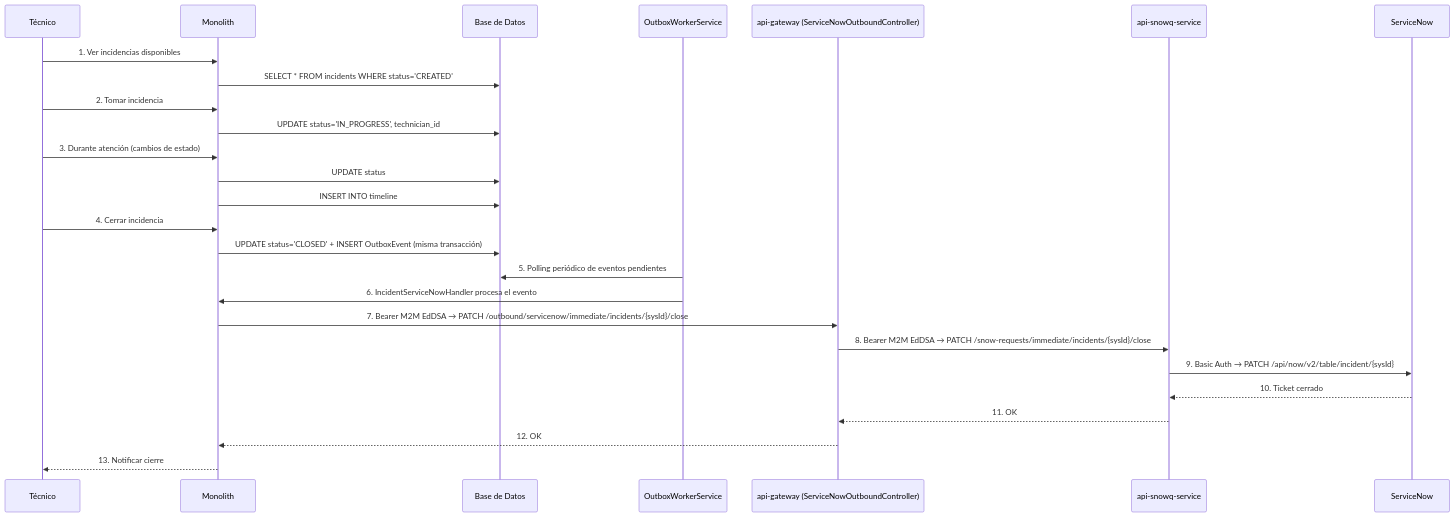
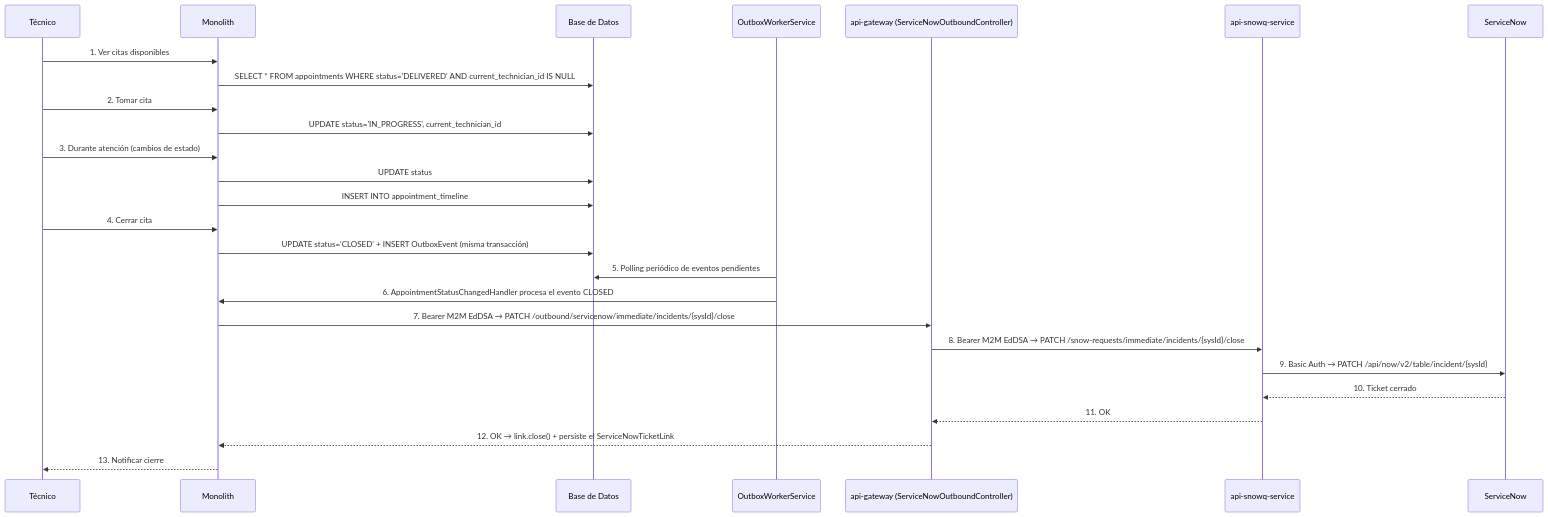
Before and after one commit to maironcuellomartinez/monorepo-service: the third of 4 diagrams in monolito-event-corner_v3/docs/documentation.md, drawn with Mermaid. The commit also changed other lines of this file and 183 other files, not shown here.

First line of the commit message:
Remodelado dominio Appointment (unifica Incident/Request) + fixes ServiceNow (#5)

````diff
--- a/monolito-event-corner_v3/docs/documentation.md
+++ b/monolito-event-corner_v3/docs/documentation.md
@@ -912,33 +961,33 @@
 ```mermaid
 sequenceDiagram
     participant T as Técnico
     participant S as Monolith
     participant DB as Base de Datos
     participant OW as OutboxWorkerService
     participant GW as api-gateway (ServiceNowOutboundController)
     participant SQ as api-snowq-service
     participant SN as ServiceNow
 
-    T->>S: 1. Ver incidencias disponibles
-    S->>DB: SELECT * FROM incidents WHERE status='CREATED'
+    T->>S: 1. Ver citas disponibles
+    S->>DB: SELECT * FROM appointments WHERE status='DELIVERED' AND current_technician_id IS NULL
 
-    T->>S: 2. Tomar incidencia
-    S->>DB: UPDATE status='IN_PROGRESS', technician_id
+    T->>S: 2. Tomar cita
+    S->>DB: UPDATE status='IN_PROGRESS', current_technician_id
 
     T->>S: 3. Durante atención (cambios de estado)
     S->>DB: UPDATE status
-    S->>DB: INSERT INTO timeline
+    S->>DB: INSERT INTO appointment_timeline
 
-    T->>S: 4. Cerrar incidencia
+    T->>S: 4. Cerrar cita
     S->>DB: UPDATE status='CLOSED' + INSERT OutboxEvent (misma transacción)
 
     OW->>DB: 5. Polling periódico de eventos pendientes
-    OW->>S: 6. IncidentServiceNowHandler procesa el evento
+    OW->>S: 6. AppointmentStatusChangedHandler procesa el evento CLOSED
     S->>GW: 7. Bearer M2M EdDSA → PATCH /outbound/servicenow/immediate/incidents/{sysId}/close
     GW->>SQ: 8. Bearer M2M EdDSA → PATCH /snow-requests/immediate/incidents/{sysId}/close
     SQ->>SN: 9. Basic Auth → PATCH /api/now/v2/table/incident/{sysId}
     SN-->>SQ: 10. Ticket cerrado
     SQ-->>GW: 11. OK
-    GW-->>S: 12. OK
+    GW-->>S: 12. OK → link.close() + persiste el ServiceNowTicketLink
     S-->>T: 13. Notificar cierre
 ```
````
